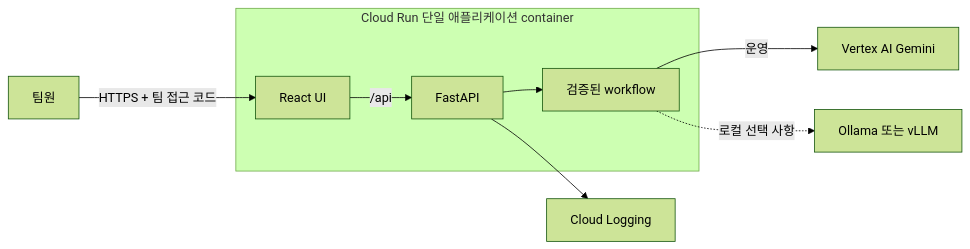
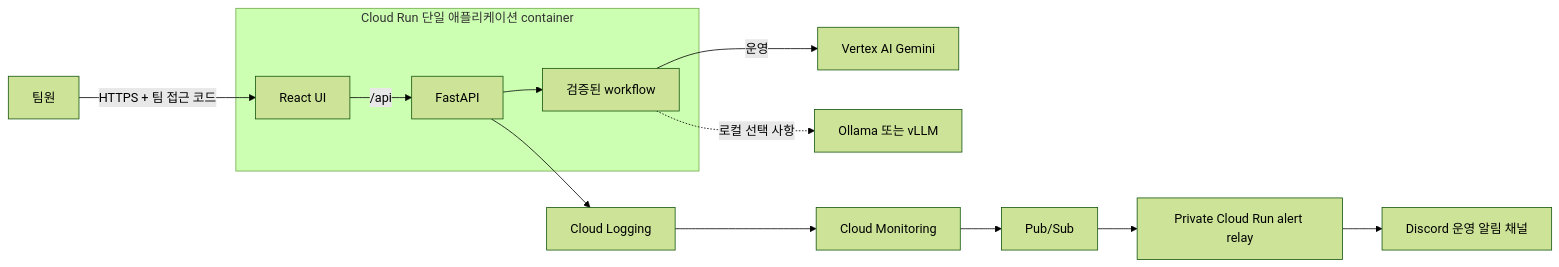
One commit to Sihyeon-Ji/trend-interpreter changed the first of 4 diagrams in docs/architecture.md. Above: the diagram before and after it, drawn with Mermaid (forest theme). The commit also changed other lines of this file and 18 other files, not shown here.

````diff
--- a/docs/architecture.md
+++ b/docs/architecture.md
@@ -20,15 +21,19 @@
 ```mermaid
 flowchart LR
   User[팀원] -->|HTTPS + 팀 접근 코드| UI
 
   subgraph Run[Cloud Run 단일 애플리케이션 container]
     UI[React UI]
     API[FastAPI]
     Flow[검증된 workflow]
     UI -->|/api| API --> Flow
   end
 
   Flow -->|운영| Gemini[Vertex AI Gemini]
   Flow -.->|로컬 선택 사항| Local[Ollama 또는 vLLM]
   API --> Logs[Cloud Logging]
+  Logs --> Monitoring[Cloud Monitoring]
+  Monitoring --> PubSub[Pub/Sub]
+  PubSub --> Relay[Private Cloud Run alert relay]
+  Relay --> Discord[Discord 운영 알림 채널]
 ```
````
